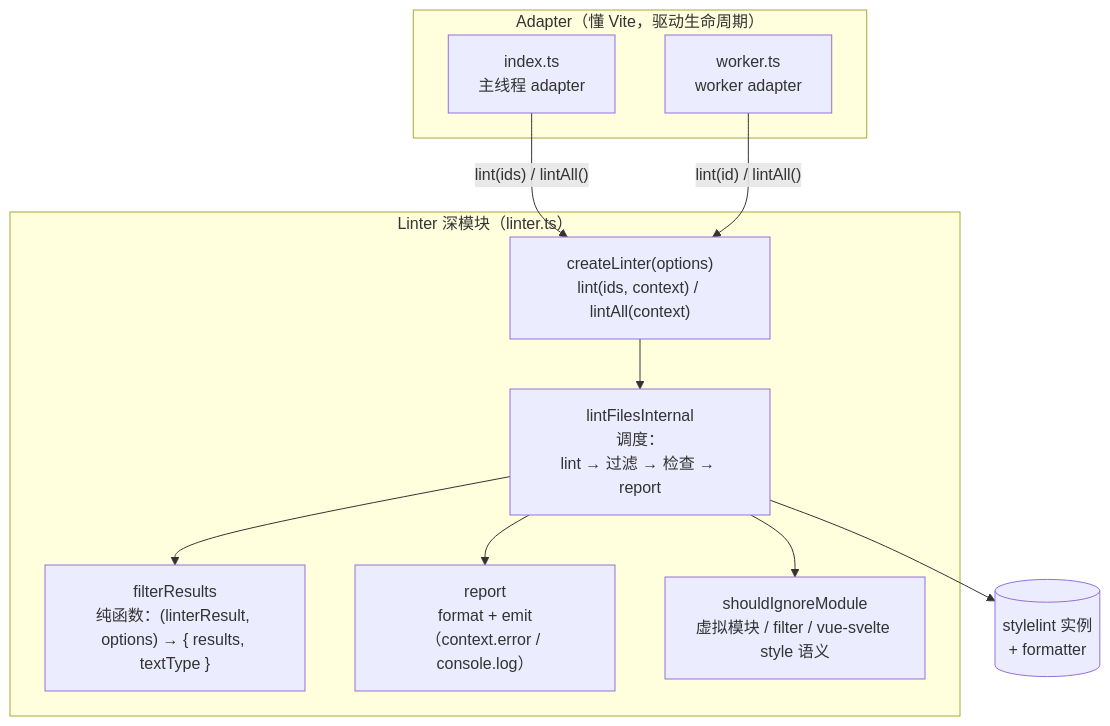
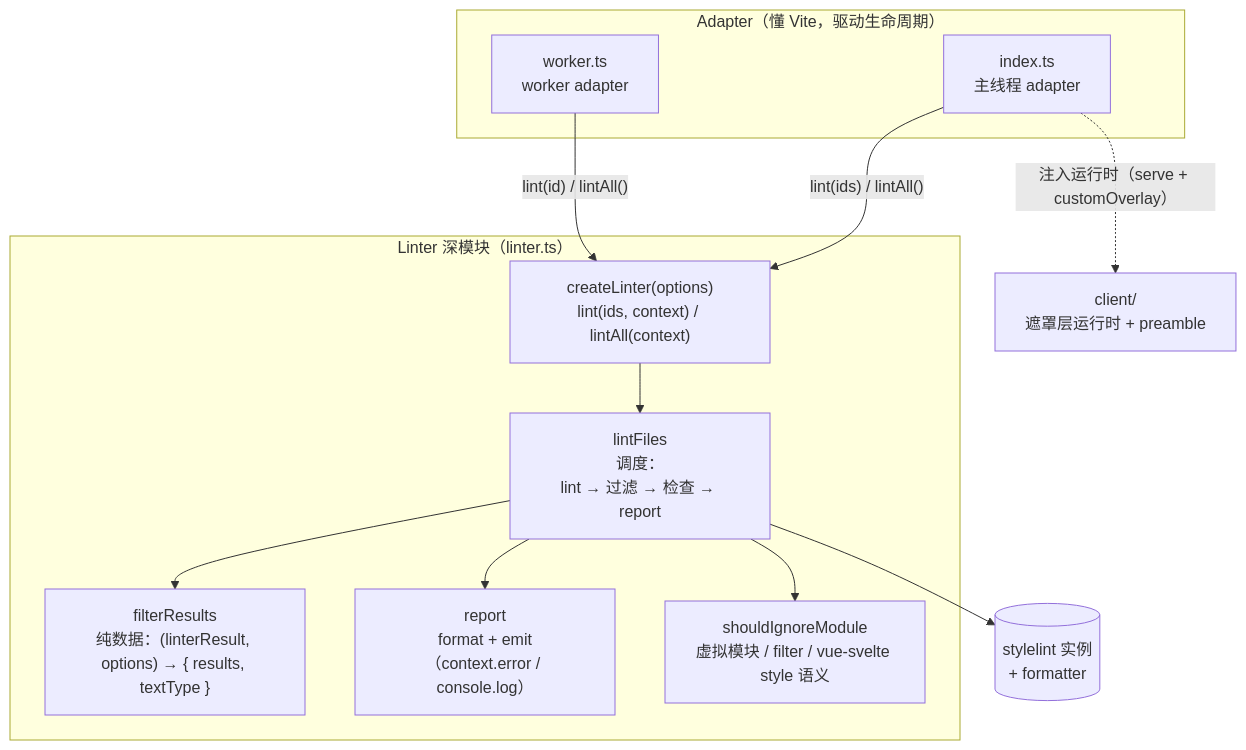
The diagram in CONTRIBUTING.zh-CN.md (ModyQyW/vite-plugin-stylelint), drawn with Mermaid before and after one commit. The commit also changed other lines of this file and 6 other files, not shown here.

````diff
--- a/CONTRIBUTING.zh-CN.md
+++ b/CONTRIBUTING.zh-CN.md
@@ -59,25 +57,27 @@
 ```mermaid
 flowchart TD
   subgraph Adapters["Adapter（懂 Vite，驱动生命周期）"]
     Index["index.ts<br/>主线程 adapter"]
     Worker["worker.ts<br/>worker adapter"]
   end
 
   subgraph Linter["Linter 深模块（linter.ts）"]
     CreateLinter["createLinter(options)<br/>lint(ids, context) / lintAll(context)"]
-    LintFiles["lintFilesInternal<br/>调度：<br/>lint → 过滤 → 检查 → report"]
-    FilterResults["filterResults<br/>纯函数：(linterResult, options) → { results, textType }"]
+    LintFiles["lintFiles<br/>调度：<br/>lint → 过滤 → 检查 → report"]
+    FilterResults["filterResults<br/>纯数据：(linterResult, options) → { results, textType }"]
     Report["report<br/>format + emit（context.error / console.log）"]
     ShouldIgnore["shouldIgnoreModule<br/>虚拟模块 / filter / vue-svelte style 语义"]
   end
 
   Stylelint[("stylelint 实例<br/>+ formatter")]
+  Client["client/<br/>遮罩层运行时 + preamble"]
 
   Index -- "lint(ids) / lintAll()" --> CreateLinter
   Worker -- "lint(id) / lintAll()" --> CreateLinter
+  Index -. "注入运行时（serve + customOverlay）" .-> Client
   CreateLinter --> LintFiles
   LintFiles --> ShouldIgnore
   LintFiles --> FilterResults
   LintFiles --> Report
   LintFiles --> Stylelint
 ```
````
